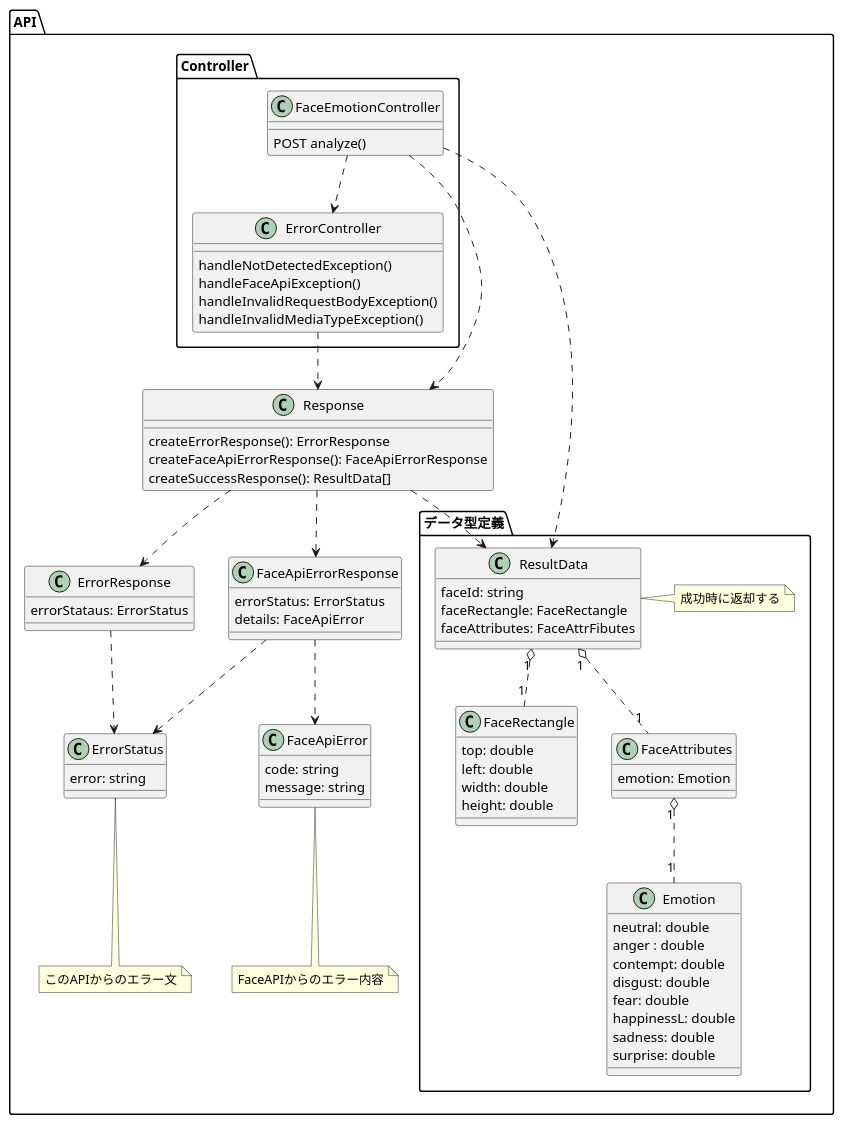
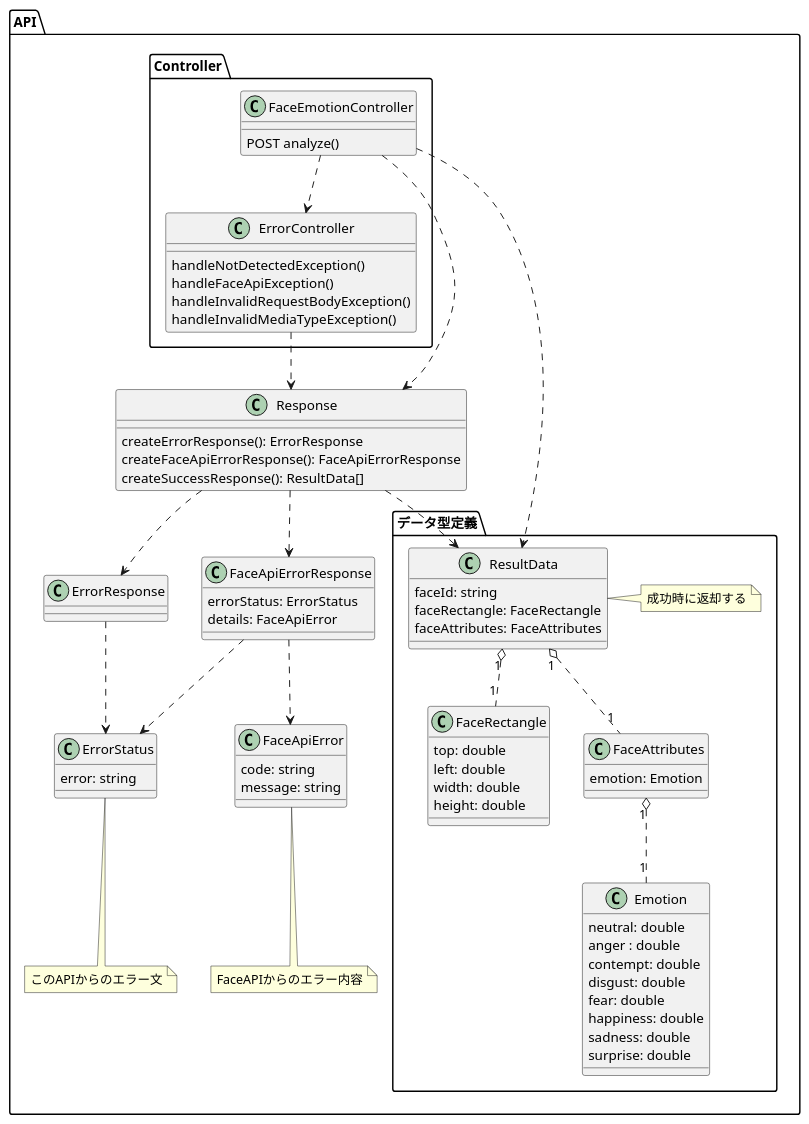
One commit to nishikawa1114/FaceEmotionSystem changed the diagram in doc/uml/classDiagApi.pu. Above: the diagram before and after it, drawn with PlantUML. The commit also changed 5 other files, not shown here.

```diff
--- a/doc/uml/classDiagApi.pu
+++ b/doc/uml/classDiagApi.pu
@@ -1,95 +1,94 @@
 @startuml Face Emotion Analyser API
 
 ' サーバーサイド
 package "API" {
 
     package "Controller" {
         class FaceEmotionController {
             POST analyze()
         }
 
         class ErrorController {
             handleNotDetectedException()
             handleFaceApiException()
             handleInvalidRequestBodyException()
             handleInvalidMediaTypeException()
         }
     }
 
 
     Class Response {
         createErrorResponse(): ErrorResponse
         createFaceApiErrorResponse(): FaceApiErrorResponse
         createSuccessResponse(): ResultData[]
     }
 
     class ErrorResponse {
-        errorStataus: ErrorStatus
     }
 
     class ErrorStatus {
         error: string
     }
     note bottom: このAPIからのエラー文
 
     class FaceApiErrorResponse {
         errorStatus: ErrorStatus
         details: FaceApiError
     }
 
     class FaceApiError {
         code: string
         message: string
     }
     note bottom: FaceAPIからのエラー内容
 
     package "データ型定義" {
         class ResultData {
             faceId: string
             faceRectangle: FaceRectangle
-            faceAttributes: FaceAttrFibutes
+            faceAttributes: FaceAttributes
         }
         note right: 成功時に返却する
 
         class FaceRectangle {
             top: double
             left: double
             width: double
             height: double
         }
 
         class FaceAttributes {
             emotion: Emotion
         }
 
         class Emotion {
             neutral: double
             anger : double
             contempt: double
             disgust: double
             fear: double
-            happinessL: double
+            happiness: double
             sadness: double
             surprise: double
         }
     }
 
 }
 
 ResultData "1" o.. "1" FaceRectangle
 ResultData "1" o.. "1" FaceAttributes
 FaceAttributes "1" o.. "1" Emotion
 
 FaceEmotionController ..> ResultData
 FaceEmotionController ..> ErrorController
 
 FaceEmotionController ..> Response
 ErrorController ..> Response
 Response ..> ErrorResponse
 Response ..> FaceApiErrorResponse
 ErrorResponse ..> ErrorStatus
 FaceApiErrorResponse ..> FaceApiError
 FaceApiErrorResponse ..> ErrorStatus
 Response ..> ResultData
 
 @enduml
```
